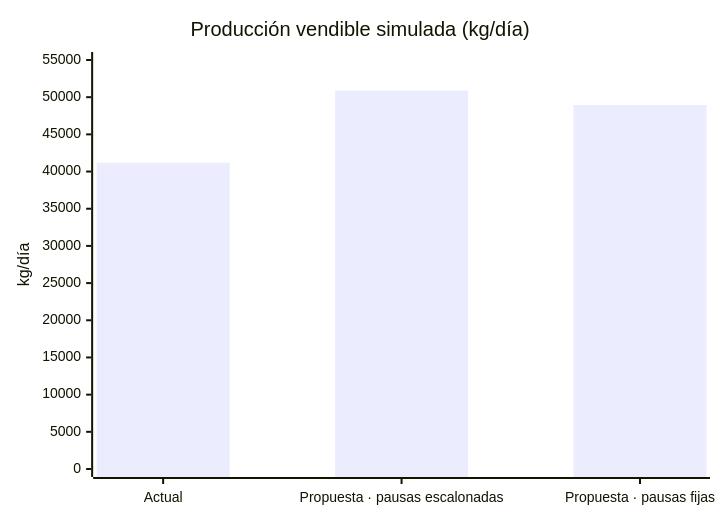
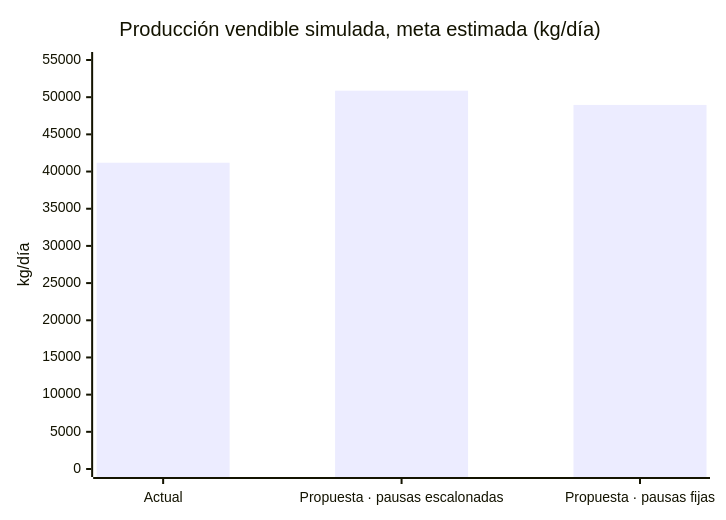
The fourth of 8 diagrams in README.md (kuajoautomation/Kuajo-Automation---APM), drawn with Mermaid before and after one commit. The commit also changed other lines of this file and 34 other files, not shown here.

````diff
--- a/README.md
+++ b/README.md
@@ -360,7 +370,7 @@
 ```mermaid
 xychart-beta
-    title "Producción vendible simulada (kg/día)"
+    title "Producción vendible simulada, meta estimada (kg/día)"
     x-axis ["Actual", "Propuesta · pausas escalonadas", "Propuesta · pausas fijas"]
     y-axis "kg/día" 0 --> 55000
     bar [41186, 50874, 48960]
 ```
````
